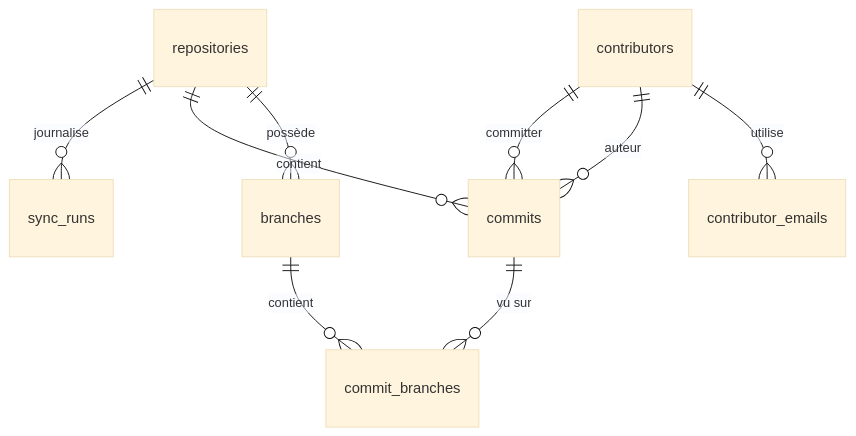
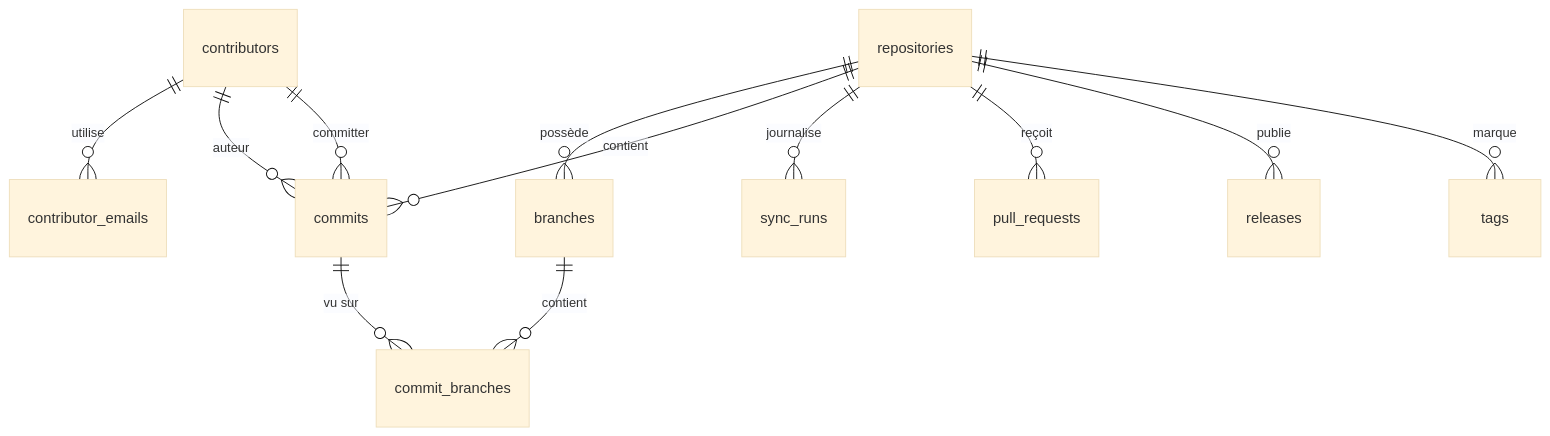
One commit to studoo-app/watchoo changed the diagram in documentation/04-modele-donnees.md. Above: the diagram before and after it, drawn with Mermaid (base theme). The commit also changed other lines of this file and 59 other files, not shown here.

First line of the commit message:
feat: pull requests, releases et tags

````diff
--- a/documentation/04-modele-donnees.md
+++ b/documentation/04-modele-donnees.md
@@ -13,11 +14,14 @@
 ```mermaid
 erDiagram
     repositories ||--o{ branches : "possède"
     repositories ||--o{ commits : "contient"
     repositories ||--o{ sync_runs : "journalise"
+    repositories ||--o{ pull_requests : "reçoit"
+    repositories ||--o{ releases : "publie"
+    repositories ||--o{ tags : "marque"
     commits ||--o{ commit_branches : "vu sur"
     branches ||--o{ commit_branches : "contient"
     contributors ||--o{ contributor_emails : "utilise"
     contributors ||--o{ commits : "auteur"
     contributors ||--o{ commits : "committer"
 ```
````
